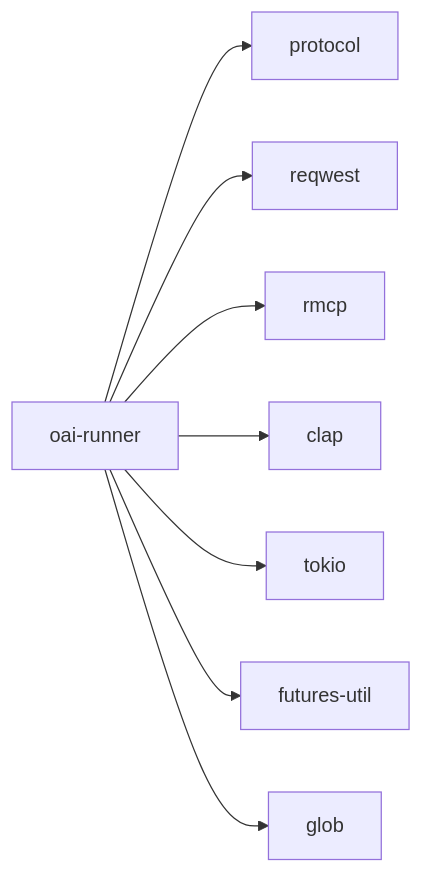
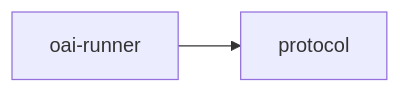
One commit to launchapp-dev/animus-cli changed the second of 2 diagrams in crates/oai-runner/README.md. Above: the diagram before and after it, drawn with Mermaid. The commit also changed other lines of this file and 15 other files, not shown here.

````diff
--- a/crates/oai-runner/README.md
+++ b/crates/oai-runner/README.md
@@ -178,19 +112,7 @@
 ```mermaid
 graph LR
     OAI["oai-runner"]
     PROTO["protocol"]
-    REQWEST["reqwest"]
-    RMCP["rmcp"]
-    CLAP["clap"]
-    TOKIO["tokio"]
-    FUTURES["futures-util"]
-    GLOB["glob"]
 
     OAI --> PROTO
-    OAI --> REQWEST
-    OAI --> RMCP
-    OAI --> CLAP
-    OAI --> TOKIO
-    OAI --> FUTURES
-    OAI --> GLOB
 ```
````
